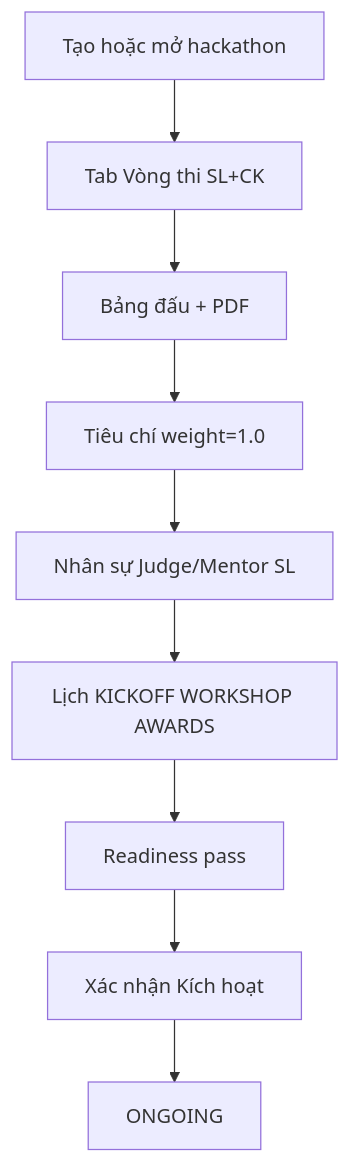
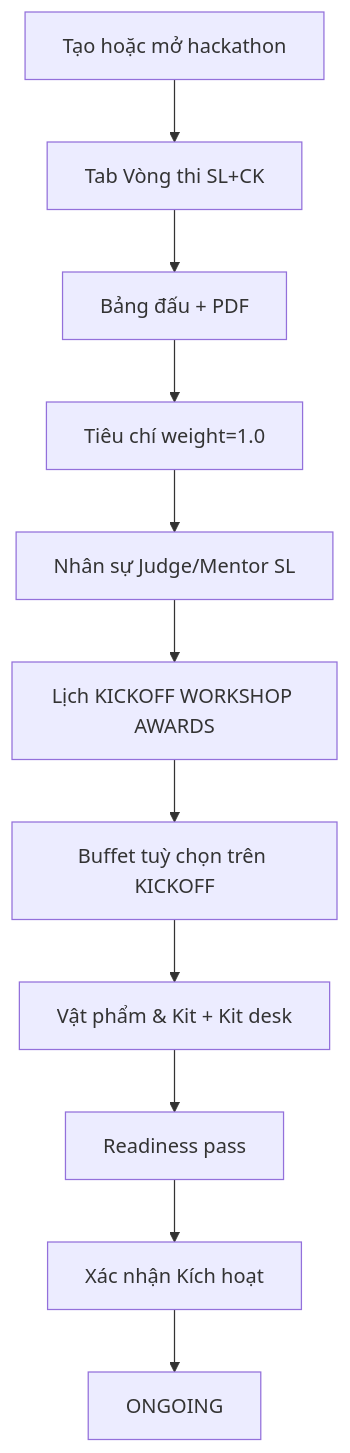
Before and after one commit to MANAGEMENT-SEAL-HACKATHON/BE: the diagram in docs/defense-panel/gd1-defense-playbook.md, drawn with Mermaid. The commit also changed other lines of this file and 5 other files, not shown here.

````diff
--- a/docs/defense-panel/gd1-defense-playbook.md
+++ b/docs/defense-panel/gd1-defense-playbook.md
@@ -62,11 +62,13 @@
 ```mermaid
 flowchart TD
   A[Tạo hoặc mở hackathon] --> B[Tab Vòng thi SL+CK]
   B --> C[Bảng đấu + PDF]
   C --> D[Tiêu chí weight=1.0]
   D --> E[Nhân sự Judge/Mentor SL]
   E --> F[Lịch KICKOFF WORKSHOP AWARDS]
-  F --> G[Readiness pass]
+  F --> F2[Buffet tuỳ chọn trên KICKOFF]
+  F2 --> K[Vật phẩm & Kit + Kit desk]
+  K --> G[Readiness pass]
   G --> H[Xác nhận Kích hoạt]
   H --> I[ONGOING]
 ```
````
